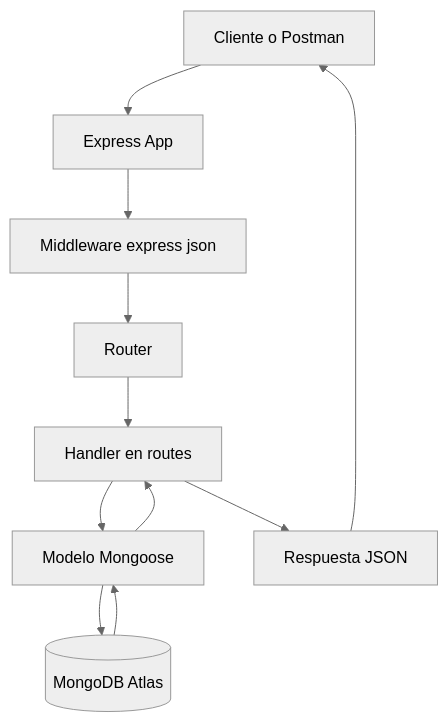
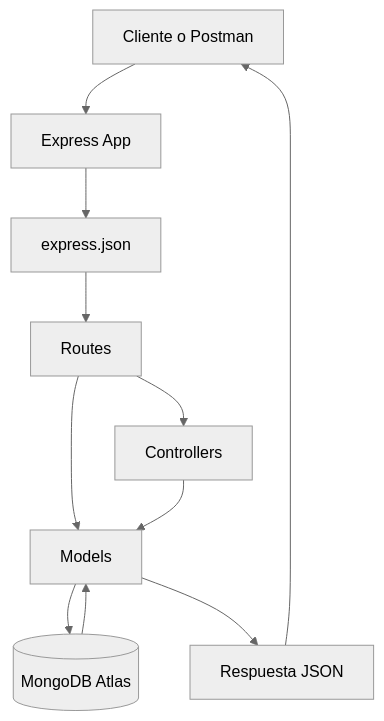
The first of 6 diagrams in README.md (sofiaaranoibarra/proyectoBackend), drawn with Mermaid (neutral theme) before and after one commit. The commit also changed other lines of this file and 8 other files, not shown here.

````diff
--- a/README.md
+++ b/README.md
@@ -35,13 +40,13 @@
 ```mermaid
 flowchart TD
-    A[Cliente o Postman] --> B[Express App]
-    B --> C[Middleware express json]
-    C --> D[Router]
-    D --> E[Handler en routes]
-    E --> F[Modelo Mongoose]
-    F --> G[(MongoDB Atlas)]
-    G --> F
-    F --> E
-    E --> H[Respuesta JSON]
-    H --> A
+    cliente[Cliente o Postman] --> app[Express App]
+    app --> middleware[express.json]
+    middleware --> rutas[Routes]
+    rutas --> controladores[Controllers]
+    rutas --> modelos[Models]
+    controladores --> modelos
+    modelos --> db[(MongoDB Atlas)]
+    db --> modelos
+    modelos --> respuesta[Respuesta JSON]
+    respuesta --> cliente
 ```
````
